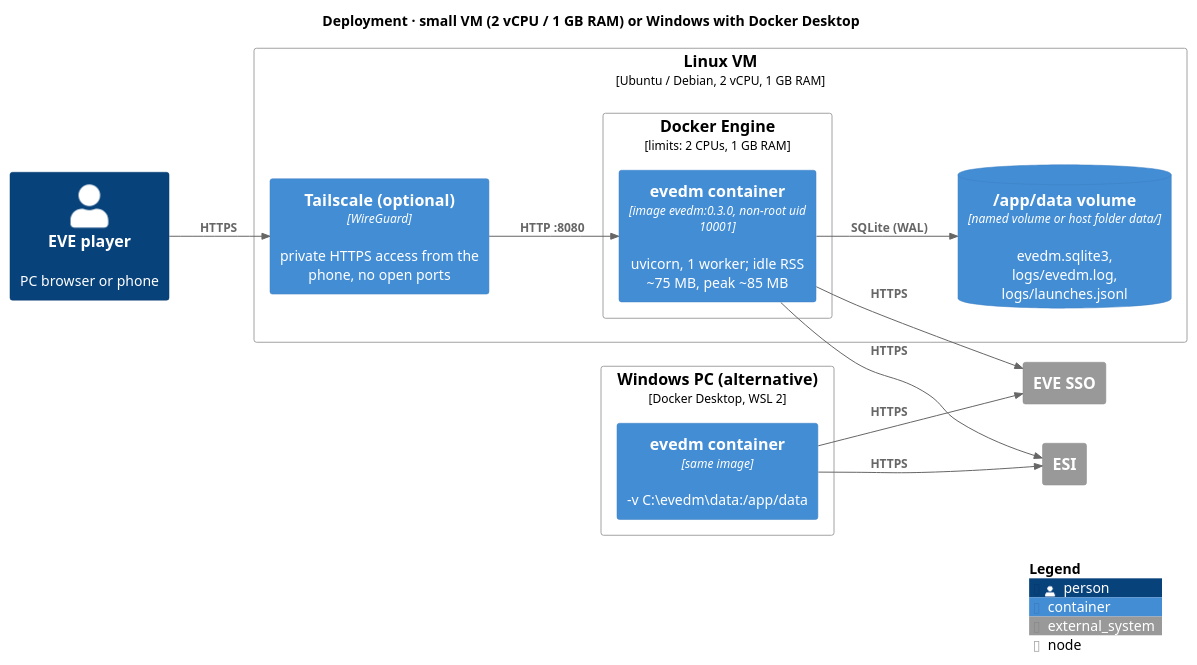
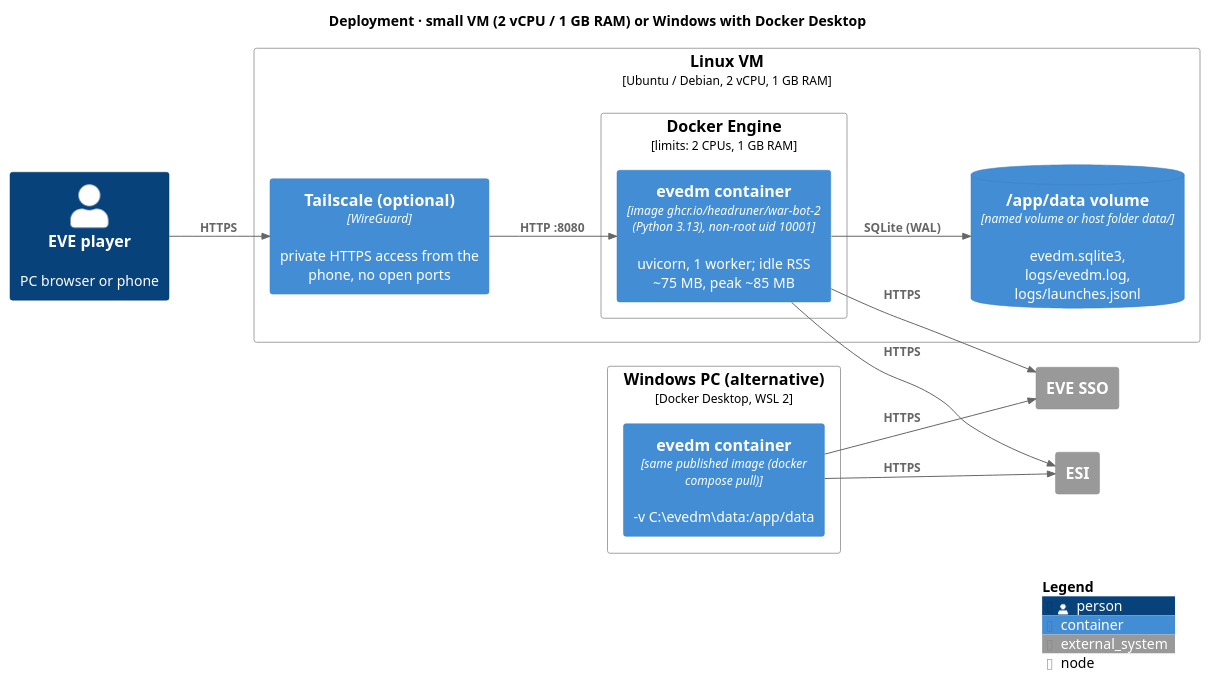
One commit to Headruner/war-bot-2 changed the diagram in docs/c4/05-deployment.puml. Above: the diagram before and after it, drawn with PlantUML. The commit also changed 3 other files, not shown here.

Commit message:
docs: update diagrams to the current state

```diff
--- a/docs/c4/05-deployment.puml
+++ b/docs/c4/05-deployment.puml
@@ -1,31 +1,31 @@
 @startuml deployment
 !include <C4/C4_Deployment>
 title Deployment · small VM (2 vCPU / 1 GB RAM) or Windows with Docker Desktop
 LAYOUT_LEFT_RIGHT()
 
 Person(user, "EVE player", "PC browser or phone")
 
 Deployment_Node(vm, "Linux VM", "Ubuntu / Debian, 2 vCPU, 1 GB RAM") {
   Deployment_Node(docker, "Docker Engine", "limits: 2 CPUs, 1 GB RAM") {
-    Container(app, "evedm container", "image evedm:0.3.0, non-root uid 10001", "uvicorn, 1 worker; idle RSS ~75 MB, peak ~85 MB")
+    Container(app, "evedm container", "image ghcr.io/headruner/war-bot-2 (Python 3.13), non-root uid 10001", "uvicorn, 1 worker; idle RSS ~75 MB, peak ~85 MB")
   }
   ContainerDb(vol, "/app/data volume", "named volume or host folder data/", "evedm.sqlite3, logs/evedm.log, logs/launches.jsonl")
   Container(ts, "Tailscale (optional)", "WireGuard", "private HTTPS access from the phone, no open ports")
 }
 
 Deployment_Node(win, "Windows PC (alternative)", "Docker Desktop, WSL 2") {
-  Container(app2, "evedm container", "same image", "-v C:\\evedm\\data:/app/data")
+  Container(app2, "evedm container", "same published image (docker compose pull)", "-v C:\\evedm\\data:/app/data")
 }
 
 System_Ext(sso, "EVE SSO")
 System_Ext(esi, "ESI")
 
 Rel(user, ts, "HTTPS")
 Rel(ts, app, "HTTP :8080")
 Rel(app, vol, "SQLite (WAL)")
 Rel(app, sso, "HTTPS")
 Rel(app, esi, "HTTPS")
 Rel(app2, sso, "HTTPS")
 Rel(app2, esi, "HTTPS")
 SHOW_LEGEND()
 @enduml
```
